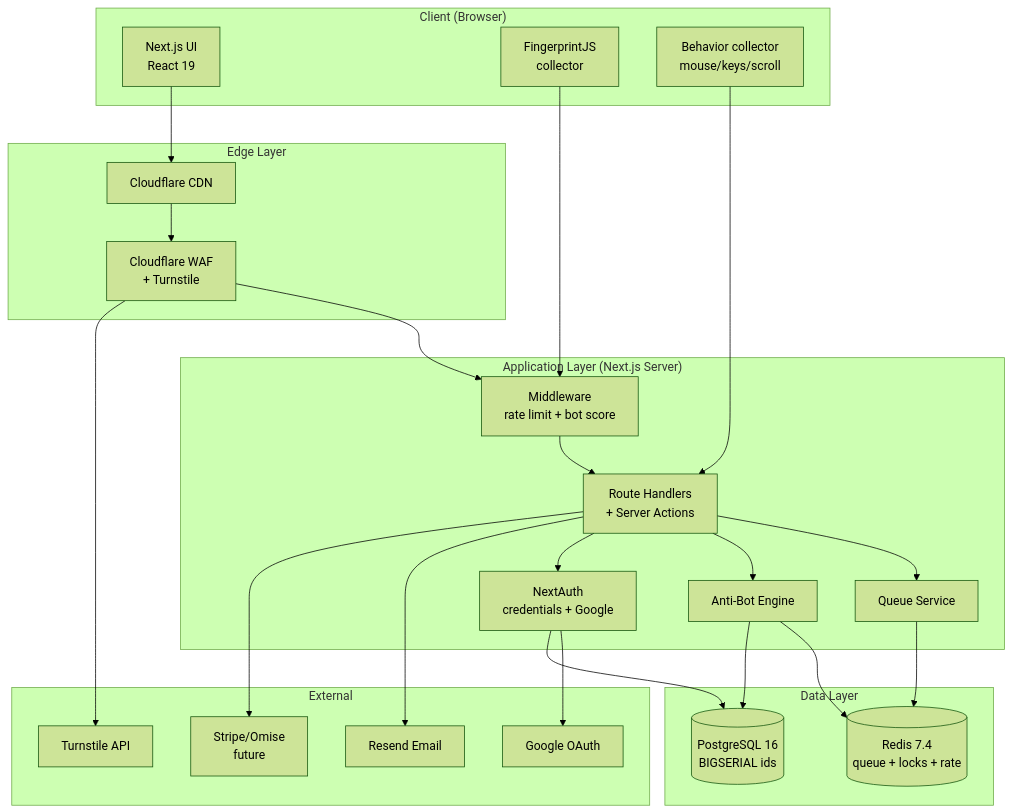
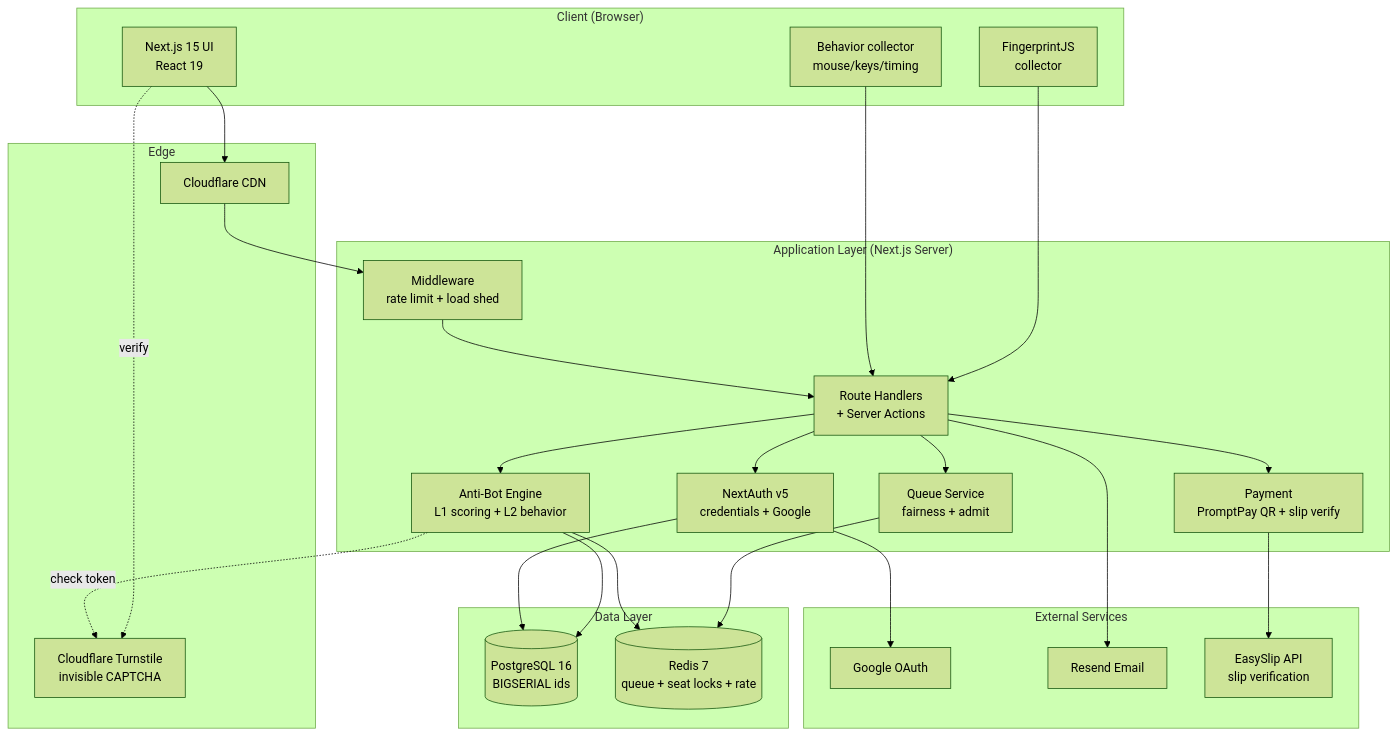
Before and after one commit to jakapobrs-oss/concert-antibot: the first of 11 diagrams in docs/05_DIAGRAMS.md, drawn with Mermaid (forest theme). The commit also changed other lines of this file and 6 other files, not shown here.

First line of the commit message:
docs: sync diagrams กับ schema จริง + เพิ่ม ER exports

````diff
--- a/docs/05_DIAGRAMS.md
+++ b/docs/05_DIAGRAMS.md
@@ -10,47 +13,47 @@
 ```mermaid
 flowchart TB
     subgraph Client["Client (Browser)"]
-        UI[Next.js UI<br/>React 19]
+        UI[Next.js 15 UI<br/>React 19]
         FP[FingerprintJS<br/>collector]
-        BH[Behavior collector<br/>mouse/keys/scroll]
+        BH[Behavior collector<br/>mouse/keys/timing]
     end
 
-    subgraph Edge["Edge Layer"]
+    subgraph Edge["Edge"]
         CDN[Cloudflare CDN]
-        WAF[Cloudflare WAF<br/>+ Turnstile]
+        TS[Cloudflare Turnstile<br/>invisible CAPTCHA]
     end
 
     subgraph App["Application Layer (Next.js Server)"]
-        MW[Middleware<br/>rate limit + bot score]
+        MW[Middleware<br/>rate limit + load shed]
         API[Route Handlers<br/>+ Server Actions]
-        Q[Queue Service]
-        AB[Anti-Bot Engine]
-        AUTH[NextAuth<br/>credentials + Google]
+        Q[Queue Service<br/>fairness + admit]
+        AB[Anti-Bot Engine<br/>L1 scoring + L2 behavior]
+        AUTH[NextAuth v5<br/>credentials + Google]
+        PAYSVC[Payment<br/>PromptPay QR + slip verify]
     end
 
     subgraph Data["Data Layer"]
         PG[(PostgreSQL 16<br/>BIGSERIAL ids)]
-        RD[(Redis 7.4<br/>queue + locks + rate)]
+        RD[(Redis 7<br/>queue + seat locks + rate)]
     end
 
-    subgraph External["External"]
-        TS[Turnstile API]
+    subgraph External["External Services"]
         GOO[Google OAuth]
         SMTP[Resend Email]
-        PAY[Stripe/Omise<br/>future]
+        ES[EasySlip API<br/>slip verification]
     end
 
-    UI --> CDN --> WAF --> MW
-    FP --> MW
+    UI --> CDN --> MW
+    FP --> API
     BH --> API
     MW --> API
     API --> Q --> RD
     API --> AB --> RD
     AB --> PG
-    API --> AUTH
-    AUTH --> GOO
+    API --> AUTH --> GOO
     AUTH --> PG
     API --> SMTP
-    API --> PAY
-    WAF --> TS
+    API --> PAYSVC --> ES
+    UI -.->|verify| TS
+    AB -.->|check token| TS
 ```
````
